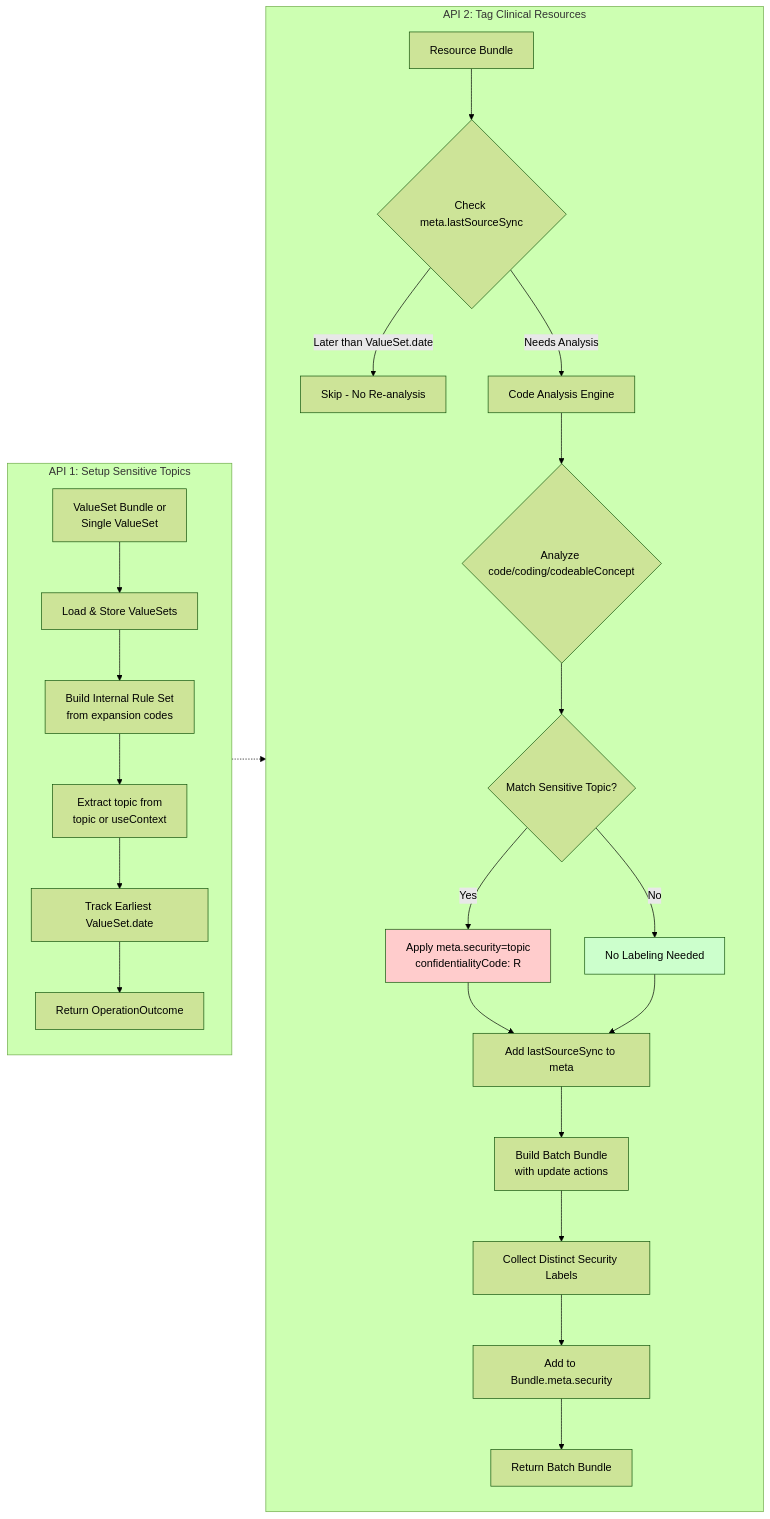
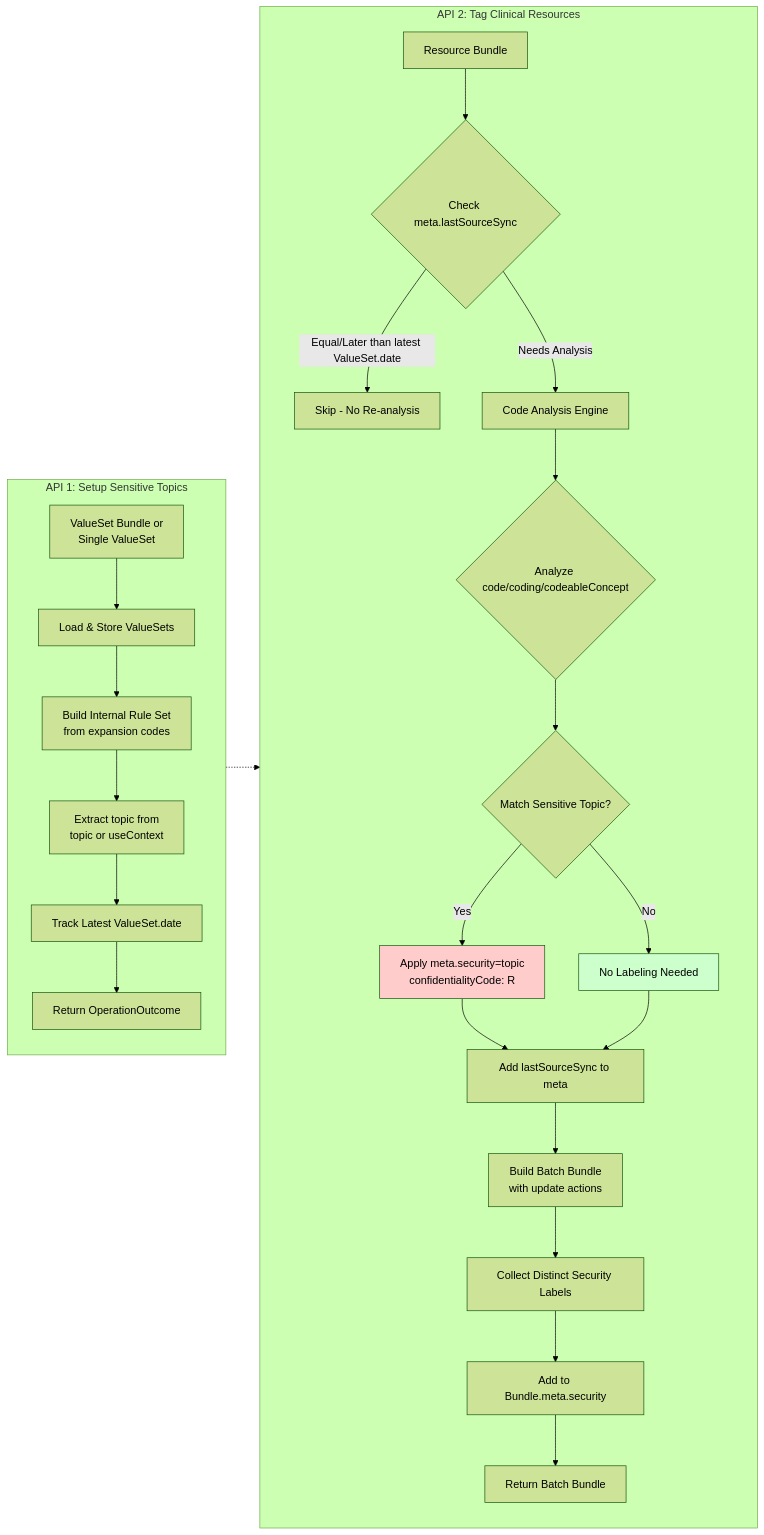
One commit to SHIFT-Task-Force/sls-ri changed the diagram in README.md. Above: the diagram before and after it, drawn with Mermaid (forest theme). The commit also changed other lines of this file and 4 other files, not shown here.

Commit message:
corrected earliest to latest valueSet dates.

````diff
--- a/README.md
+++ b/README.md
@@ -70,34 +70,34 @@
 ```mermaid
 graph LR
   subgraph API1["API 1: Setup Sensitive Topics"]
     A[ValueSet Bundle or<br/>Single ValueSet] --> B[Load & Store ValueSets]
     B --> C[Build Internal Rule Set<br/>from expansion codes]
     C --> D[Extract topic from<br/>topic or useContext]
-    D --> E[Track Earliest ValueSet.date]
+    D --> E[Track Latest ValueSet.date]
     E --> F[Return OperationOutcome]
   end
   
   subgraph API2["API 2: Tag Clinical Resources"]
     G[Resource Bundle] --> H{Check meta.lastSourceSync}
-    H -->|Later than ValueSet.date| I[Skip - No Re-analysis]
+    H -->|Equal/Later than latest ValueSet.date| I[Skip - No Re-analysis]
     H -->|Needs Analysis| J[Code Analysis Engine]
     
     J --> K{Analyze code/coding/codeableConcept}
     K --> L{Match Sensitive Topic?}
     L -->|Yes| M[Apply meta.security=topic<br/>confidentialityCode: R]
     L -->|No| N[No Labeling Needed]
     
     M --> O[Add lastSourceSync to meta]
     N --> O
     
     O --> P[Build Batch Bundle<br/>with update actions]
     P --> R[Collect Distinct Security Labels]
     R --> S[Add to Bundle.meta.security]
     S --> Q[Return Batch Bundle]
   end
   
   API1 -.-> API2
   
   style M fill:#ffcccc
   style N fill:#ccffcc
   ```
````
